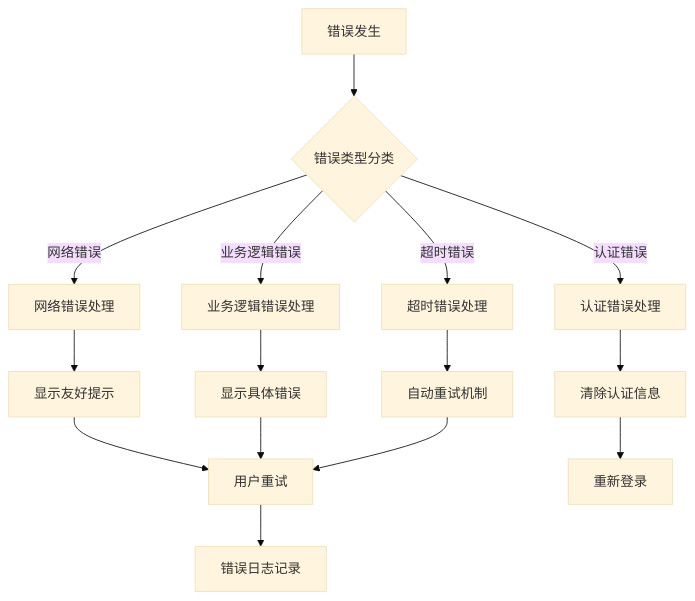
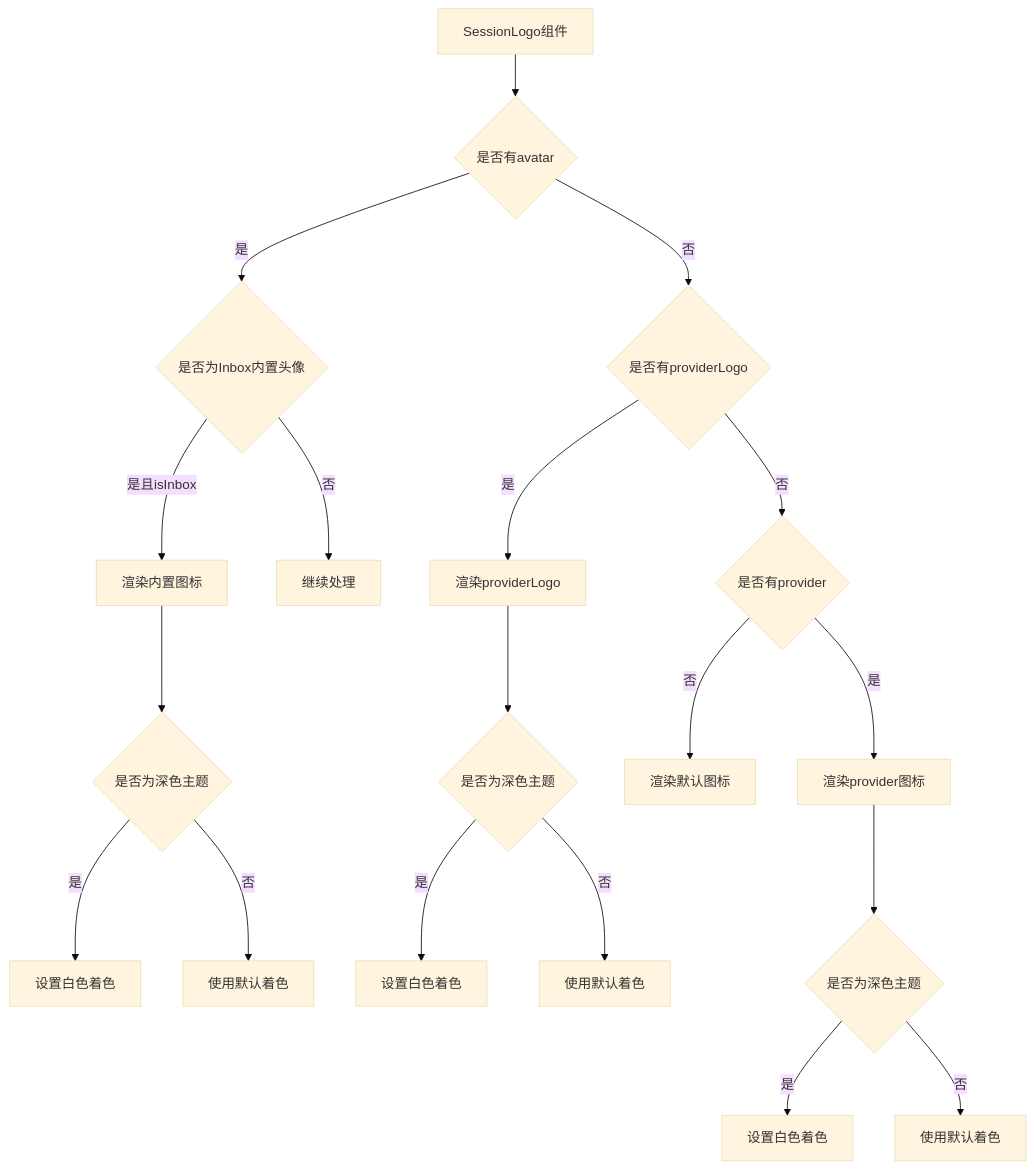
The fifth of 13 diagrams in .qoder/repowiki/zh/content/核心功能模块/API 服务层/移动端API服务层.md (AvatoLabs/avato), drawn with Mermaid (base theme) before and after one commit. The commit also changed other lines of this file and 158 other files, not shown here.

````diff
--- a/.qoder/repowiki/zh/content/核心功能模块/API 服务层/移动端API服务层.md
+++ b/.qoder/repowiki/zh/content/核心功能模块/API 服务层/移动端API服务层.md
@@ -307,17 +408,21 @@
 ```mermaid
 flowchart TD
-A[错误发生] --> B{错误类型分类}
-B --> |网络错误| C[网络错误处理]
-B --> |认证错误| D[认证错误处理]
-B --> |业务逻辑错误| E[业务逻辑错误处理]
-B --> |超时错误| F[超时错误处理]
-C --> G[显示友好提示]
-D --> H[清除认证信息]
-E --> I[显示具体错误]
-F --> J[自动重试机制]
-G --> K[用户重试]
-H --> L[重新登录]
-I --> K
-J --> K
-K --> M[错误日志记录]
+A[SessionLogo组件] --> B{是否有avatar}
+B --> |是| C{是否为Inbox内置头像}
+C --> |是且isInbox| D[渲染内置图标]
+D --> E{是否为深色主题}
+E --> |是| F[设置白色着色]
+E --> |否| G[使用默认着色]
+C --> |否| H[继续处理]
+B --> |否| I{是否有providerLogo}
+I --> |是| J[渲染providerLogo]
+I --> |否| K{是否有provider}
+K --> |是| L[渲染provider图标]
+K --> |否| M[渲染默认图标]
+J --> N{是否为深色主题}
+N --> |是| O[设置白色着色]
+N --> |否| P[使用默认着色]
+L --> Q{是否为深色主题}
+Q --> |是| R[设置白色着色]
+Q --> |否| S[使用默认着色]
 ```
````
